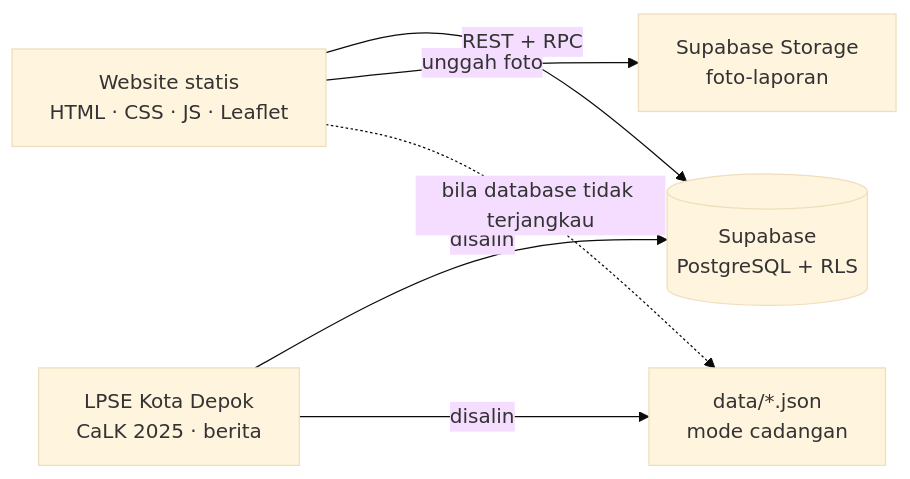
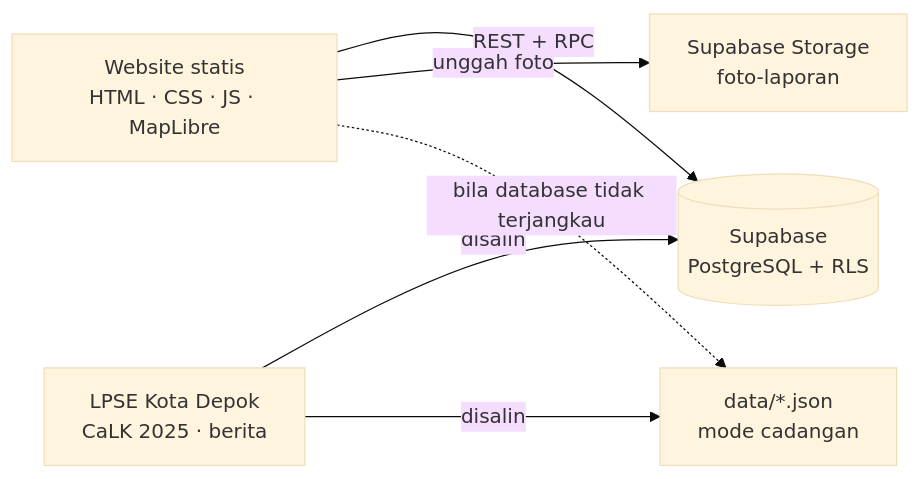
The first of 2 diagrams in README.md (dimazazriel/Tally), drawn with Mermaid (base theme) before and after one commit. The commit also changed other lines of this file and 36 other files, not shown here.

First line of the commit message:
Add MapLibre GL JS integration and implement PetaTally functionality

````diff
--- a/README.md
+++ b/README.md
@@ -61,8 +66,8 @@
 ```mermaid
 flowchart LR
-  W[Website statis<br>HTML · CSS · JS · Leaflet] -- REST + RPC --> S[(Supabase<br>PostgreSQL + RLS)]
+  W[Website statis<br>HTML · CSS · JS · MapLibre] -- REST + RPC --> S[(Supabase<br>PostgreSQL + RLS)]
   W -- unggah foto --> F[Supabase Storage<br>foto-laporan]
   D[LPSE Kota Depok<br>CaLK 2025 · berita] -- disalin --> S
   D -- disalin --> J[data/*.json<br>mode cadangan]
   W -. bila database tidak terjangkau .-> J
 ```
````
